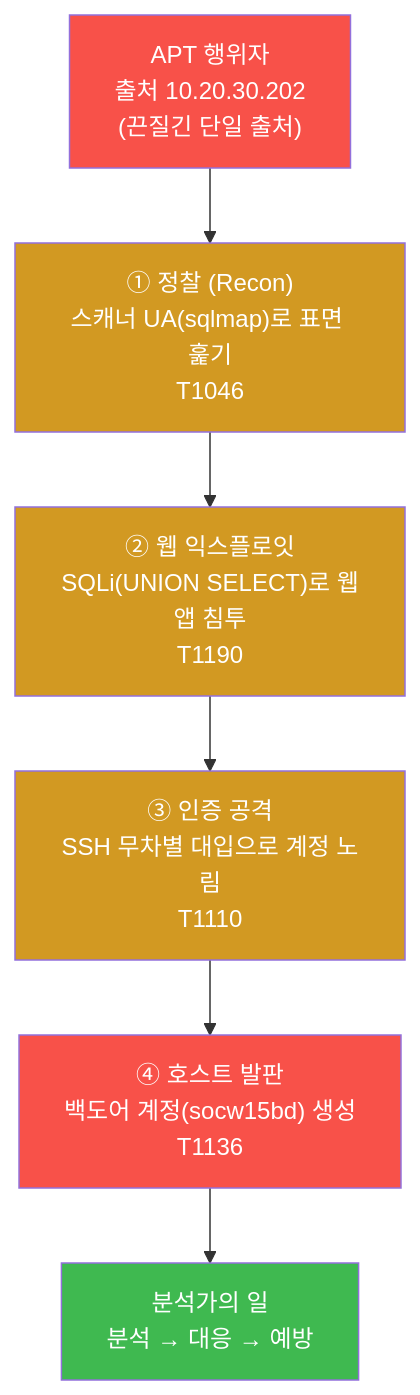
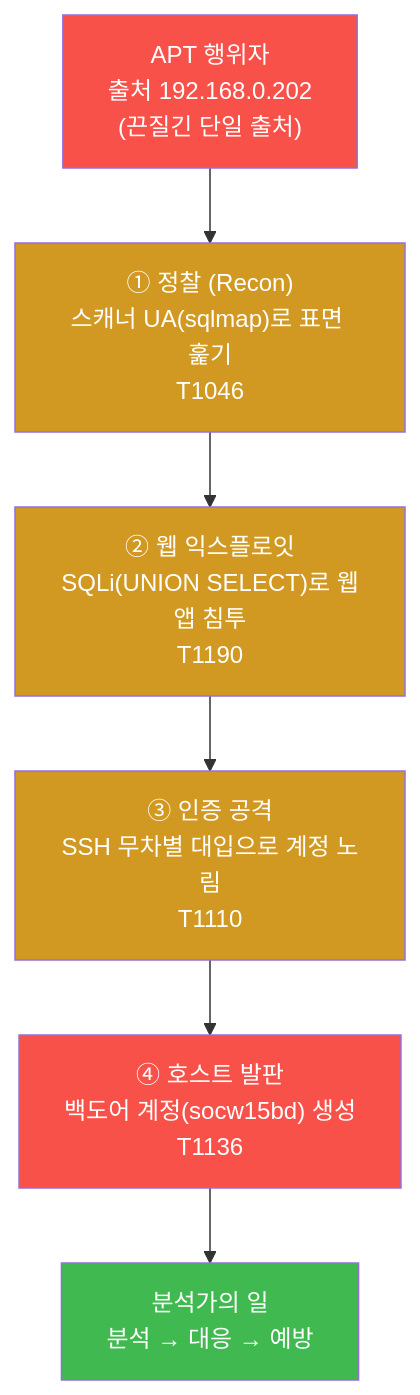
The first of 7 diagrams in contents/training/soc/lecture_week15.md (mrgrit/tw2), drawn with Mermaid before and after one commit. The commit also changed other lines of this file and 304 other files, not shown here.

````diff
--- a/contents/training/soc/lecture_week15.md
+++ b/contents/training/soc/lecture_week15.md
@@ -123,16 +123,16 @@
 ```mermaid
 graph TD
-    ATK["APT 행위자<br/>출처 10.20.30.202<br/>(끈질긴 단일 출처)"]
+    ATK["APT 행위자<br/>출처 192.168.0.202<br/>(끈질긴 단일 출처)"]
     S1["① 정찰 (Recon)<br/>스캐너 UA(sqlmap)로 표면 훑기<br/>T1046"]
     S2["② 웹 익스플로잇<br/>SQLi(UNION SELECT)로 웹앱 침투<br/>T1190"]
     S3["③ 인증 공격<br/>SSH 무차별 대입으로 계정 노림<br/>T1110"]
     S4["④ 호스트 발판<br/>백도어 계정(socw15bd) 생성<br/>T1136"]
     GOAL["분석가의 일<br/>분석 → 대응 → 예방"]
     ATK --> S1 --> S2 --> S3 --> S4 --> GOAL
     style ATK fill:#f85149,color:#fff
     style S1 fill:#d29922,color:#fff
     style S2 fill:#d29922,color:#fff
     style S3 fill:#d29922,color:#fff
     style S4 fill:#f85149,color:#fff
     style GOAL fill:#3fb950,color:#fff
 ```
````
